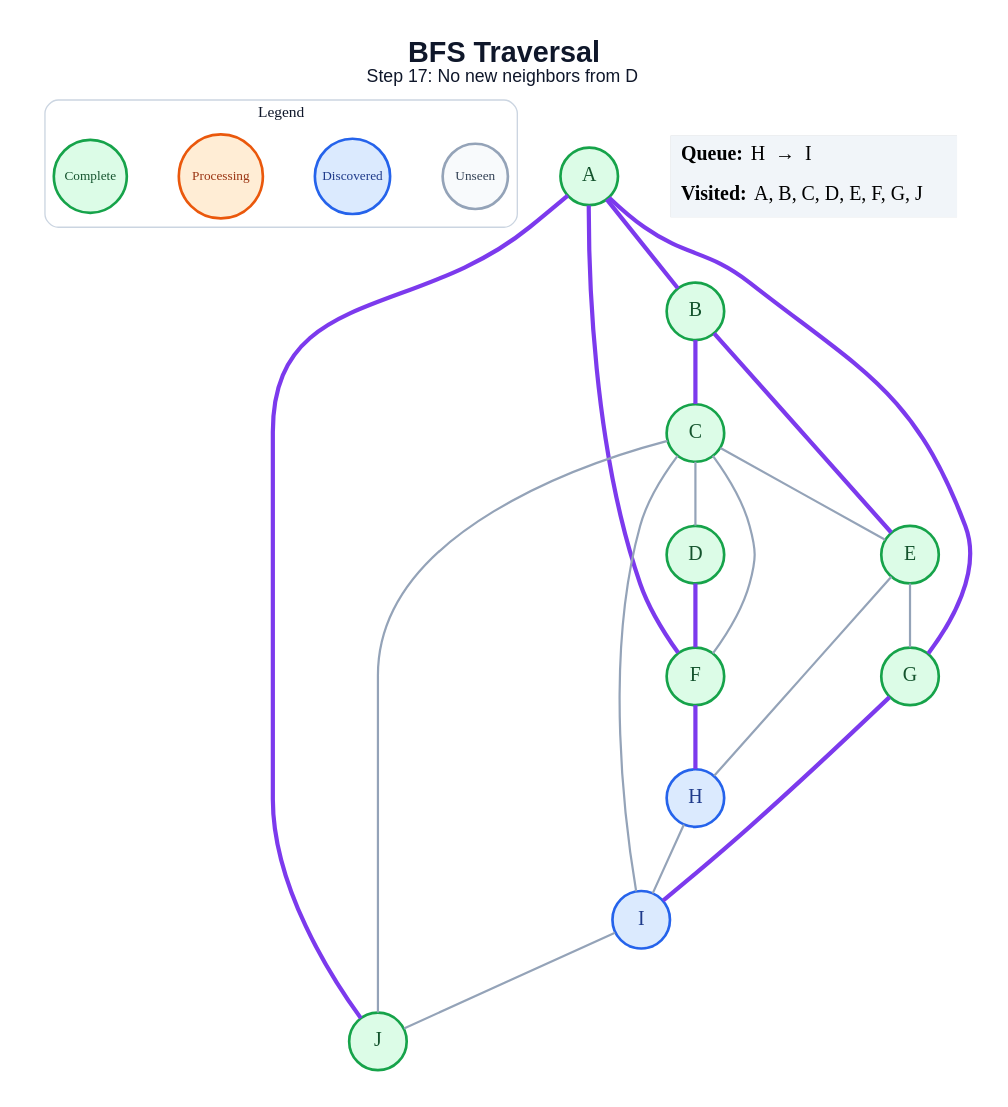
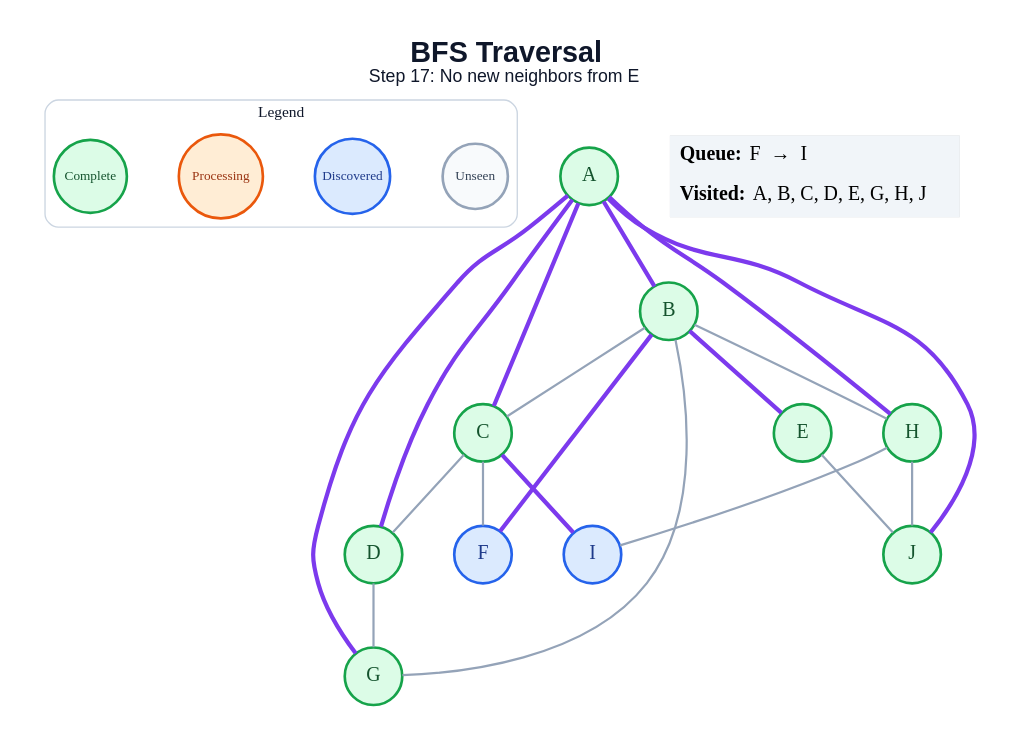
One commit to amanghodawala9/ai-slop changed the diagram in generated/bfs/step_17.dot. Above: the diagram before and after it, drawn with Graphviz. The commit also changed 178 other files, not shown here.

```diff
--- a/generated/bfs/step_17.dot
+++ b/generated/bfs/step_17.dot
@@ -1,47 +1,47 @@
 graph traversal {
   graph [layout=dot, rankdir=TB, bgcolor="#FFFFFF", pad="0.35", nodesep="0.65", ranksep="0.8", fontname="Arial"];
   node [shape=circle, style="filled", fontname="Arial Bold", fontsize=18, width=0.72, fixedsize=true, penwidth=2.4];
   edge [color="#94A3B8", penwidth=2.0];
-  label=<<B>BFS Traversal</B><BR/><FONT POINT-SIZE="16">Step 17: No new neighbors from D</FONT>>; labelloc="t"; fontsize=26; fontname="Arial"; fontcolor="#0F172A";
+  label=<<B>BFS Traversal</B><BR/><FONT POINT-SIZE="16">Step 17: No new neighbors from E</FONT>>; labelloc="t"; fontsize=26; fontname="Arial"; fontcolor="#0F172A";
   subgraph cluster_legend { label="Legend"; color="#CBD5E1"; penwidth=1.2; style="rounded"; fontsize=14; fontname="Arial Bold";
     key_unseen [label="Unseen", fillcolor="#F8FAFC", color="#94A3B8", fontcolor="#334155", fontsize=12, width=0.82];
     key_frontier [label="Discovered", fillcolor="#DBEAFE", color="#2563EB", fontcolor="#1E3A8A", fontsize=12, width=0.95];
     key_current [label="Processing", fillcolor="#FFEDD5", color="#EA580C", fontcolor="#9A3412", fontsize=12, width=1.05];
     key_done [label="Complete", fillcolor="#DCFCE7", color="#16A34A", fontcolor="#14532D", fontsize=12, width=0.92];
     { rank=same; key_unseen; key_frontier; key_current; key_done; }
   }
   A [fillcolor="#DCFCE7", color="#16A34A", fontcolor="#14532D"];
   B [fillcolor="#DCFCE7", color="#16A34A", fontcolor="#14532D"];
   C [fillcolor="#DCFCE7", color="#16A34A", fontcolor="#14532D"];
   D [fillcolor="#DCFCE7", color="#16A34A", fontcolor="#14532D"];
   E [fillcolor="#DCFCE7", color="#16A34A", fontcolor="#14532D"];
-  F [fillcolor="#DCFCE7", color="#16A34A", fontcolor="#14532D"];
+  F [fillcolor="#DBEAFE", color="#2563EB", fontcolor="#1E3A8A"];
   G [fillcolor="#DCFCE7", color="#16A34A", fontcolor="#14532D"];
-  H [fillcolor="#DBEAFE", color="#2563EB", fontcolor="#1E3A8A"];
+  H [fillcolor="#DCFCE7", color="#16A34A", fontcolor="#14532D"];
   I [fillcolor="#DBEAFE", color="#2563EB", fontcolor="#1E3A8A"];
   J [fillcolor="#DCFCE7", color="#16A34A", fontcolor="#14532D"];
   A -- B [color="#7C3AED", penwidth=3.8];
-  A -- F [color="#7C3AED", penwidth=3.8];
+  A -- C [color="#7C3AED", penwidth=3.8];
+  A -- D [color="#7C3AED", penwidth=3.8];
   A -- G [color="#7C3AED", penwidth=3.8];
+  A -- H [color="#7C3AED", penwidth=3.8];
   A -- J [color="#7C3AED", penwidth=3.8];
-  B -- C [color="#7C3AED", penwidth=3.8];
+  B -- C;
   B -- E [color="#7C3AED", penwidth=3.8];
+  B -- F [color="#7C3AED", penwidth=3.8];
+  B -- G;
+  B -- H;
   C -- D;
-  C -- E;
   C -- F;
-  C -- I;
-  C -- J;
-  D -- F [color="#7C3AED", penwidth=3.8];
-  E -- G;
-  E -- H;
-  F -- H [color="#7C3AED", penwidth=3.8];
-  G -- I [color="#7C3AED", penwidth=3.8];
+  C -- I [color="#7C3AED", penwidth=3.8];
+  D -- G;
+  E -- J;
   H -- I;
-  I -- J;
+  H -- J;
   status [shape=plain, fixedsize=false, width=0, height=0, margin=0, label=<
     <TABLE BORDER="0" CELLBORDER="0" CELLPADDING="7" BGCOLOR="#F1F5F9">
-      <TR><TD ALIGN="LEFT"><B>Queue:</B> H  →  I</TD></TR>
-      <TR><TD ALIGN="LEFT"><B>Visited:</B> A, B, C, D, E, F, G, J</TD></TR>
+      <TR><TD ALIGN="LEFT"><B>Queue:</B> F  →  I</TD></TR>
+      <TR><TD ALIGN="LEFT"><B>Visited:</B> A, B, C, D, E, G, H, J</TD></TR>
     </TABLE>
   >];
 }
```
